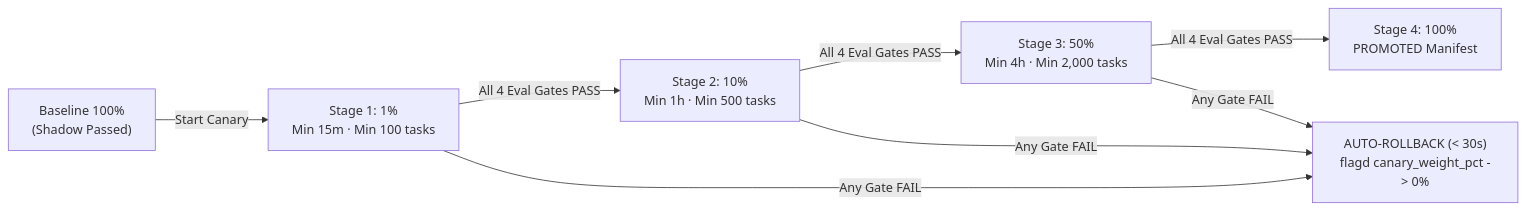
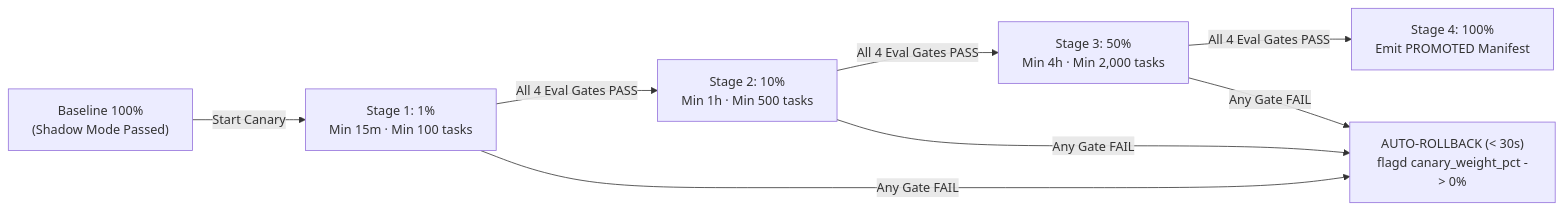
The first of 2 diagrams in Lecture 44 - Progressive Autonomy flagd and Safe Releases/notes/04_Evaluation_Gated_Canary_Rollouts.md (Amie-dev/FDE-and-GenAI-Mastery), drawn with Mermaid before and after one commit. The commit also changed other lines of this file and 92 other files, not shown here.

````diff
--- a/Lecture 44 - Progressive Autonomy flagd and Safe Releases/notes/04_Evaluation_Gated_Canary_Rollouts.md
+++ b/Lecture 44 - Progressive Autonomy flagd and Safe Releases/notes/04_Evaluation_Gated_Canary_Rollouts.md
@@ -20,10 +29,10 @@
 ```mermaid
 flowchart LR
-    S0["Baseline 100%<br/>(Shadow Passed)"] -->|"Start Canary"| S1["Stage 1: 1%<br/>Min 15m · Min 100 tasks"]
+    S0["Baseline 100%<br/>(Shadow Mode Passed)"] -->|"Start Canary"| S1["Stage 1: 1%<br/>Min 15m · Min 100 tasks"]
     S1 -->|"All 4 Eval Gates PASS"| S2["Stage 2: 10%<br/>Min 1h · Min 500 tasks"]
     S2 -->|"All 4 Eval Gates PASS"| S3["Stage 3: 50%<br/>Min 4h · Min 2,000 tasks"]
-    S3 -->|"All 4 Eval Gates PASS"| S4["Stage 4: 100%<br/>PROMOTED Manifest"]
+    S3 -->|"All 4 Eval Gates PASS"| S4["Stage 4: 100%<br/>Emit PROMOTED Manifest"]
     S1 -->|"Any Gate FAIL"| RB["AUTO-ROLLBACK (< 30s)<br/>flagd canary_weight_pct -> 0%"]
     S2 -->|"Any Gate FAIL"| RB
     S3 -->|"Any Gate FAIL"| RB
 ```
````
